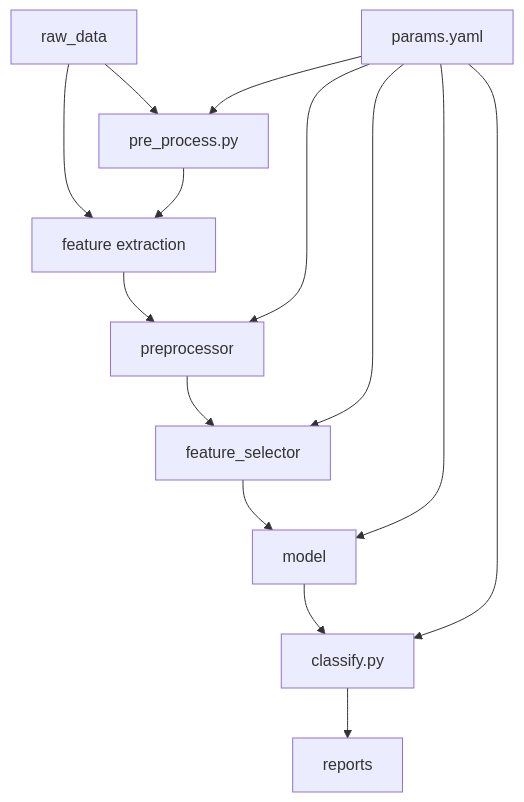
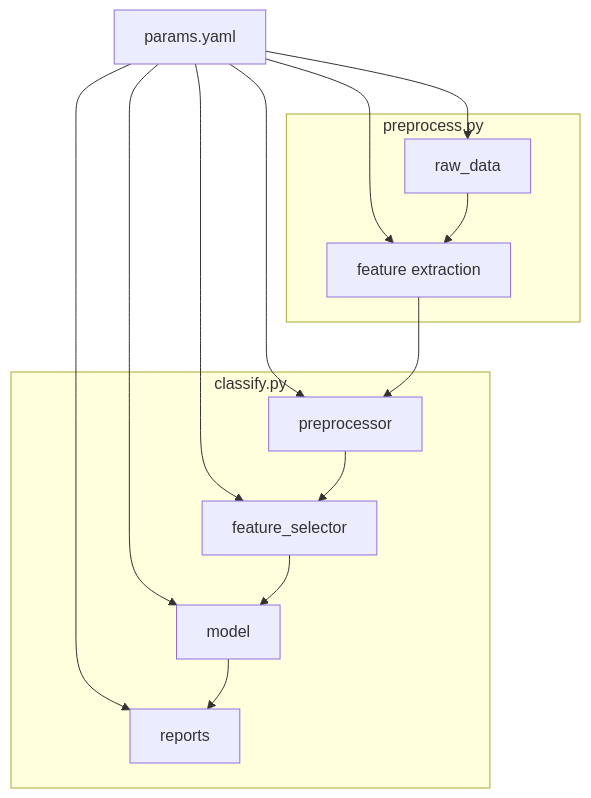
The diagram in README.md (simplymathematics/as_activity_recognition), drawn with Mermaid before and after one commit. The commit also changed other lines of this file, not shown here.

````diff
--- a/README.md
+++ b/README.md
@@ -8,23 +8,25 @@
 ```mermaid
 flowchart TD
-	node1["raw_data"]
-	node2["feature extraction"]
-	node3["preprocessor"]
-	node4["feature_selector"]
-	node5["model"]
-	node8["pre_process.py"]
-	node9["classify.py"]
-	node13["params.yaml"]
-	node14["reports"]
-	node1-->node2-->node3-->node4-->node5
-	node5-->node9
-	node13-->node8
-	node1-->node8
-	node8-->node2
-	node13-->node3
-	node9-->node14
-	node13-->node4
-	node13-->node5
-	node13-->node9
+	raw["raw_data"]
+	feat["feature extraction"]
+	pre["preprocessor"]
+	sel["feature_selector"]
+	model["model"]
+	params["params.yaml"]
+	reports["reports"]
 	
+	params-->raw
+	params-->feat
+	params-->pre
+	params-->sel
+	params-->model
+	params-->reports
+	
+	subgraph preprocess.py
+	raw-->feat
+	end
+	feat-->pre
+	subgraph classify.py
+	pre-->sel-->model-->reports
+	end
 ```
````
